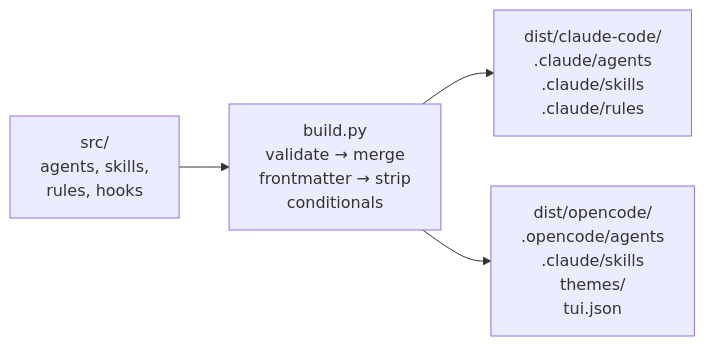
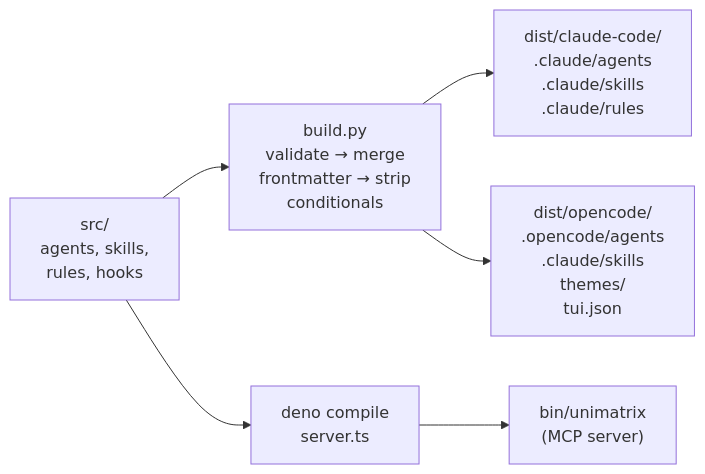
The third of 10 diagrams in README.md (benediktms/unimatrix), drawn with Mermaid before and after one commit. The commit also changed other lines of this file and 1 other file, not shown here.

````diff
--- a/README.md
+++ b/README.md
@@ -96,6 +121,8 @@
 ```mermaid
 flowchart LR
     Src["src/<br/>agents, skills,<br/>rules, hooks"] --> Build["build.py<br/>validate → merge<br/>frontmatter → strip<br/>conditionals"]
     Build --> Claude["dist/claude-code/<br/>.claude/agents<br/>.claude/skills<br/>.claude/rules"]
     Build --> OC["dist/opencode/<br/>.opencode/agents<br/>.claude/skills<br/>themes/<br/>tui.json"]
+    Src --> Compile["deno compile<br/>server.ts"]
+    Compile --> Bin["bin/unimatrix<br/>(MCP server)"]
 ```
````
